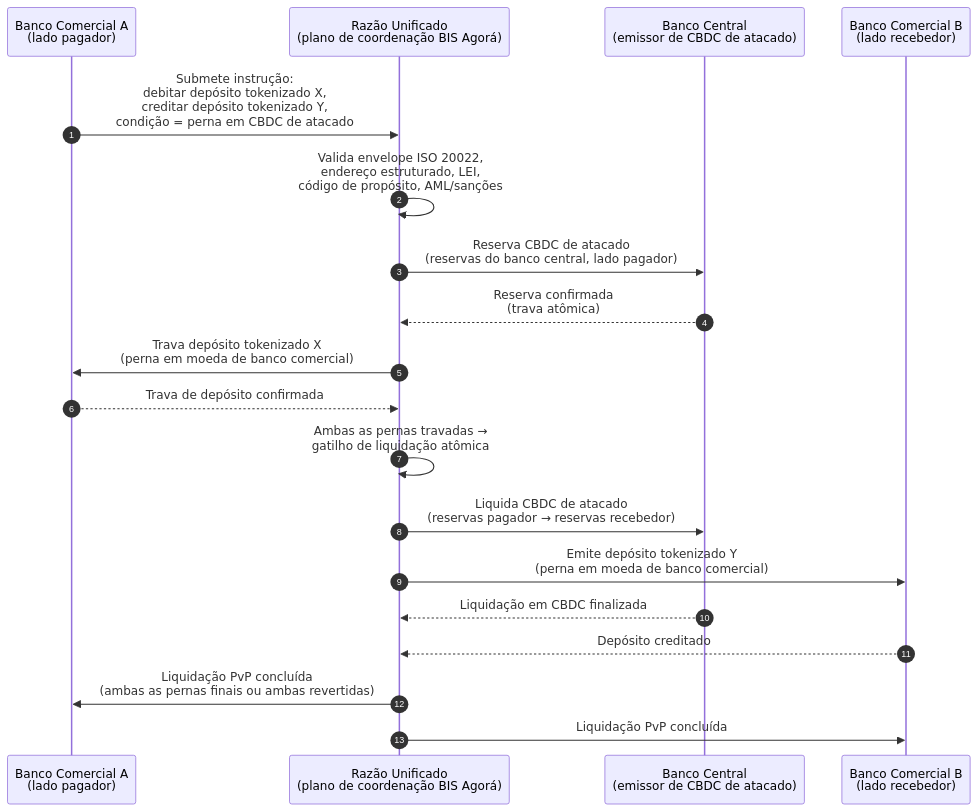
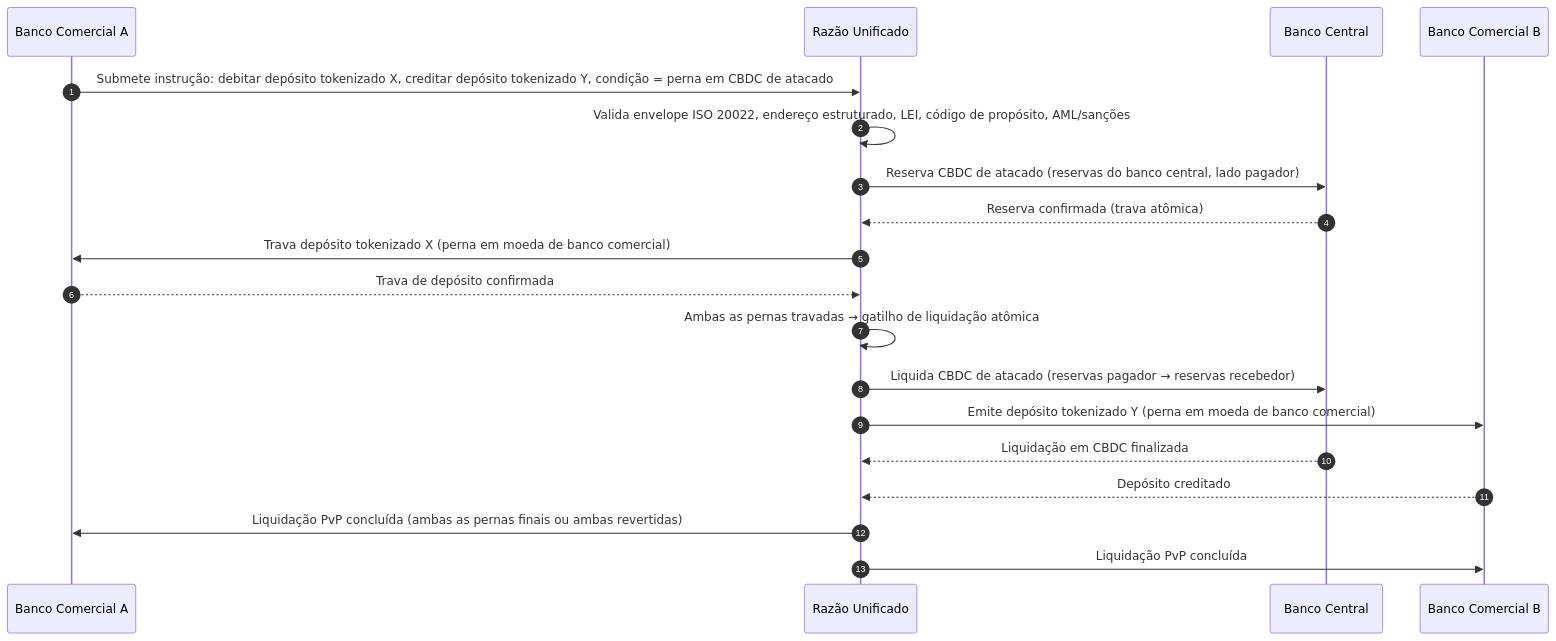
One commit to sebastienrousseau/sebastienrousseau.github.io changed the diagram in _posts/pt-br/2026-06-06-wholesale-payments-index-iso20022-tokenised-deposits-cross-border-2026.md. Above: the diagram before and after it, drawn with Mermaid. The commit also changed 2231 other files, not shown here.

First line of the commit message:
fix(mermaid): unblock Mermaid v10 rendering end-to-end (#198)

````diff
--- a/_posts/pt-br/2026-06-06-wholesale-payments-index-iso20022-tokenised-deposits-cross-border-2026.md
+++ b/_posts/pt-br/2026-06-06-wholesale-payments-index-iso20022-tokenised-deposits-cross-border-2026.md
@@ -170,22 +170,21 @@
 ```mermaid
 sequenceDiagram
     autonumber
-    participant CB_A as Banco Comercial A<br/>(lado pagador)
-    participant UL as Razão Unificado<br/>(plano de coordenação BIS Agorá)
-    participant CBNK as Banco Central<br/>(emissor de CBDC de atacado)
-    participant CB_B as Banco Comercial B<br/>(lado recebedor)
-
-    CB_A->>UL: Submete instrução:<br/>debitar depósito tokenizado X,<br/>creditar depósito tokenizado Y,<br/>condição = perna em CBDC de atacado
-    UL->>UL: Valida envelope ISO 20022,<br/>endereço estruturado, LEI,<br/>código de propósito, AML/sanções
-    UL->>CBNK: Reserva CBDC de atacado<br/>(reservas do banco central, lado pagador)
-    CBNK-->>UL: Reserva confirmada<br/>(trava atômica)
-    UL->>CB_A: Trava depósito tokenizado X<br/>(perna em moeda de banco comercial)
+    participant CB_A as Banco Comercial A
+    participant UL as Razão Unificado
+    participant CBNK as Banco Central
+    participant CB_B as Banco Comercial B
+    CB_A->>UL: Submete instrução: debitar depósito tokenizado X, creditar depósito tokenizado Y, condição = perna em CBDC de atacado
+    UL->>UL: Valida envelope ISO 20022, endereço estruturado, LEI, código de propósito, AML/sanções
+    UL->>CBNK: Reserva CBDC de atacado (reservas do banco central, lado pagador)
+    CBNK-->>UL: Reserva confirmada (trava atômica)
+    UL->>CB_A: Trava depósito tokenizado X (perna em moeda de banco comercial)
     CB_A-->>UL: Trava de depósito confirmada
-    UL->>UL: Ambas as pernas travadas →<br/>gatilho de liquidação atômica
-    UL->>CBNK: Liquida CBDC de atacado<br/>(reservas pagador → reservas recebedor)
-    UL->>CB_B: Emite depósito tokenizado Y<br/>(perna em moeda de banco comercial)
+    UL->>UL: Ambas as pernas travadas → gatilho de liquidação atômica
+    UL->>CBNK: Liquida CBDC de atacado (reservas pagador → reservas recebedor)
+    UL->>CB_B: Emite depósito tokenizado Y (perna em moeda de banco comercial)
     CBNK-->>UL: Liquidação em CBDC finalizada
     CB_B-->>UL: Depósito creditado
-    UL->>CB_A: Liquidação PvP concluída<br/>(ambas as pernas finais ou ambas revertidas)
+    UL->>CB_A: Liquidação PvP concluída (ambas as pernas finais ou ambas revertidas)
     UL->>CB_B: Liquidação PvP concluída
 ```
````
